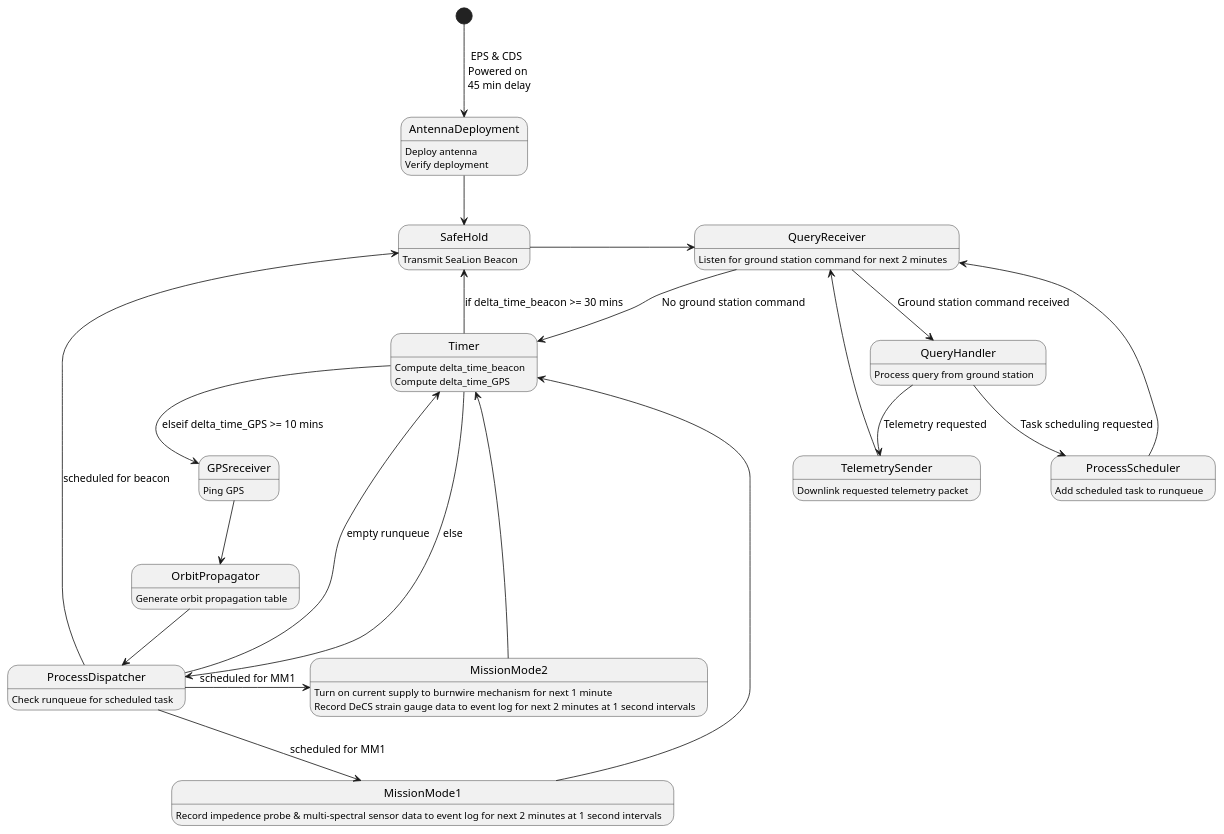
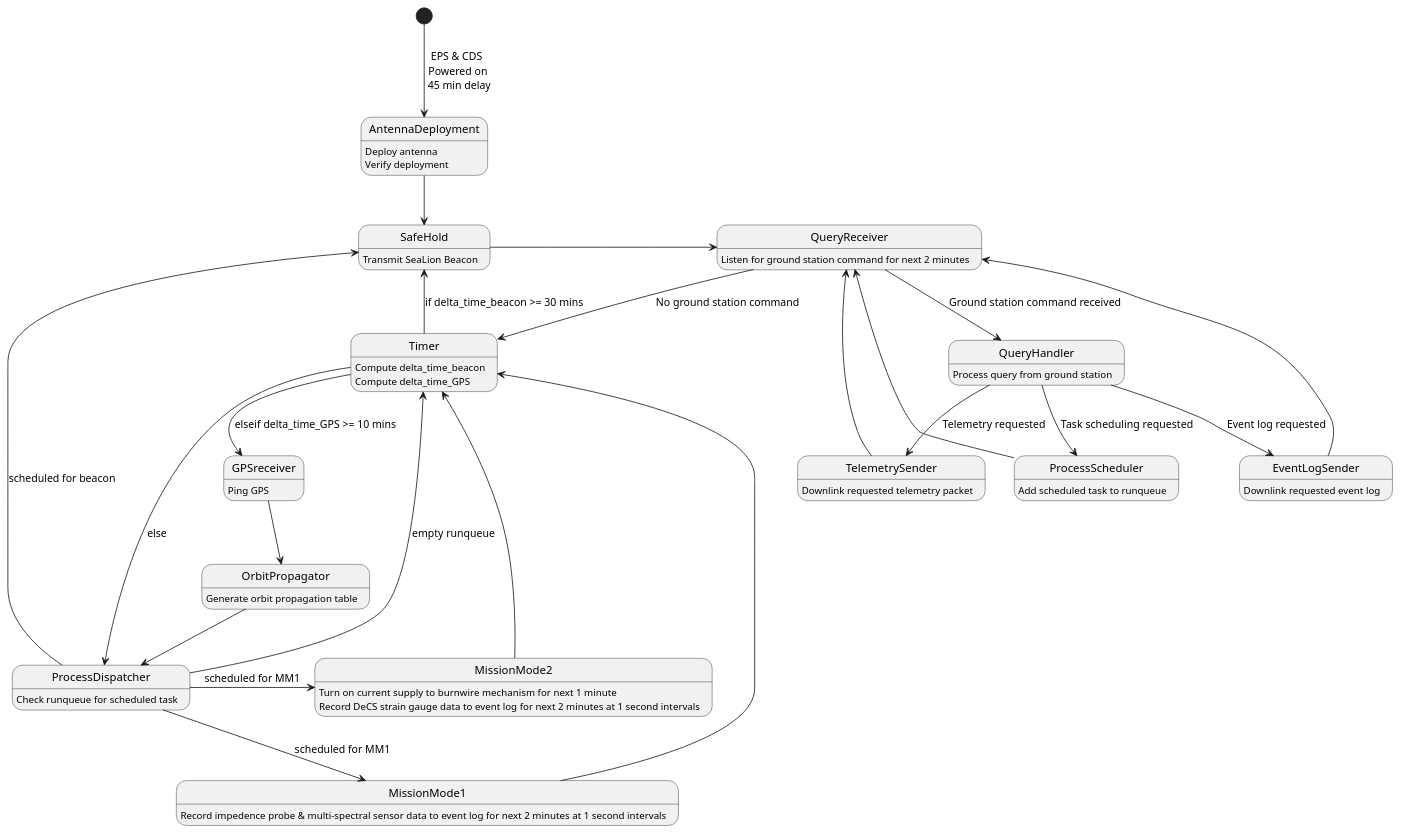
The diagram in fsw-architecture/operating-mode-as-fsm.puml (ODU-CGA-CubeSat/FSW), drawn with PlantUML before and after one commit.

Commit message:
add EventLogger

```diff
--- a/fsw-architecture/operating-mode-as-fsm.puml
+++ b/fsw-architecture/operating-mode-as-fsm.puml
@@ -1,51 +1,55 @@
 @startuml
 
 state AntennaDeployment
       AntennaDeployment : Deploy antenna
       AntennaDeployment : Verify deployment
 state SafeHold
       SafeHold : Transmit SeaLion Beacon
 state QueryReceiver
       QueryReceiver : Listen for ground station command for next 2 minutes
 state TelemetrySender
       TelemetrySender : Downlink requested telemetry packet
+state EventLogSender
+      EventLogSender : Downlink requested event log
 state Timer
       Timer : Compute delta_time_beacon
       Timer : Compute delta_time_GPS
 state MissionMode1
       MissionMode1 : Record impedence probe & multi-spectral sensor data to event log for next 2 minutes at 1 second intervals
 state MissionMode2
       MissionMode2 : Turn on current supply to burnwire mechanism for next 1 minute
       MissionMode2 : Record DeCS strain gauge data to event log for next 2 minutes at 1 second intervals
 state ProcessDispatcher
       ProcessDispatcher : Check runqueue for scheduled task
 state OrbitPropagator
       OrbitPropagator : Generate orbit propagation table
 state GPSreceiver
       GPSreceiver : Ping GPS
 state QueryHandler
       QueryHandler : Process query from ground station
 state ProcessScheduler
       ProcessScheduler : Add scheduled task to runqueue
 
 [*] --> AntennaDeployment : EPS & CDS \n Powered on \n 45 min delay
 AntennaDeployment --> SafeHold
 SafeHold -> QueryReceiver
 QueryReceiver --> QueryHandler : Ground station command received
 QueryReceiver -> Timer : No ground station command
 QueryHandler --> TelemetrySender : Telemetry requested
+QueryHandler --> EventLogSender : Event log requested
 QueryHandler --> ProcessScheduler : Task scheduling requested
 TelemetrySender --> QueryReceiver
+EventLogSender --> QueryReceiver
 ProcessScheduler --> QueryReceiver
 MissionMode1 --> Timer
 MissionMode2 --> Timer
 GPSreceiver --> OrbitPropagator
 OrbitPropagator --> ProcessDispatcher
 Timer --> SafeHold : if delta_time_beacon >= 30 mins
 Timer --> GPSreceiver : elseif delta_time_GPS >= 10 mins
 Timer --> ProcessDispatcher : else
 ProcessDispatcher --> SafeHold : scheduled for beacon
 ProcessDispatcher --> MissionMode1 : scheduled for MM1
 ProcessDispatcher -> MissionMode2 : scheduled for MM1
 ProcessDispatcher --> Timer : empty runqueue
 @enduml
```
